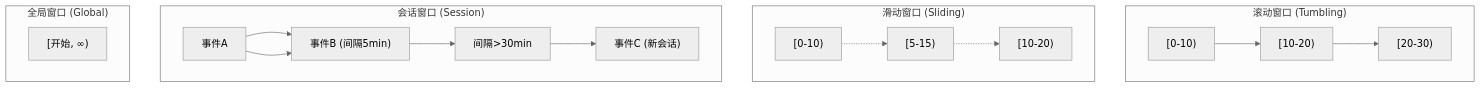
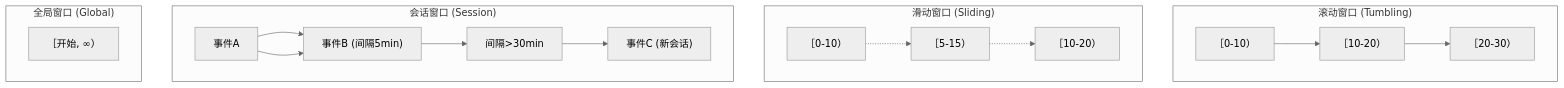
One commit to AdaMartin18010/AnalysisDataFlow changed the first of 3 diagrams in Knowledge/01-concept-atlas/01.03-window-concepts.md. Above: the diagram before and after it, drawn with Mermaid (neutral theme). The commit also changed 253 other files, not shown here.

````diff
--- a/Knowledge/01-concept-atlas/01.03-window-concepts.md
+++ b/Knowledge/01-concept-atlas/01.03-window-concepts.md
@@ -452,24 +452,24 @@
 ```mermaid
 graph TB
     subgraph Tumbling["滚动窗口 (Tumbling)"]
-        T1["[0-10)"] --> T2["[10-20)"] --> T3["[20-30)"]
+        T1["［0-10）"] --> T2["［10-20）"] --> T3["［20-30）"]
     end
 
     subgraph Sliding["滑动窗口 (Sliding)"]
-        S1["[0-10)"]
-        S2["[5-15)"]
-        S3["[10-20)"]
+        S1["［0-10）"]
+        S2["［5-15）"]
+        S3["［10-20）"]
         S1 -.-> S2 -.-> S3
     end
 
     subgraph Session["会话窗口 (Session)"]
         A["事件A"] --> B["事件B (间隔5min)"]
         GAP["间隔>30min"]
         C["事件C (新会话)"]
         A --> B --> GAP --> C
     end
 
     subgraph Global["全局窗口 (Global)"]
-        G["[开始, ∞)"]
+        G["［开始, ∞）"]
     end
 ```
````
